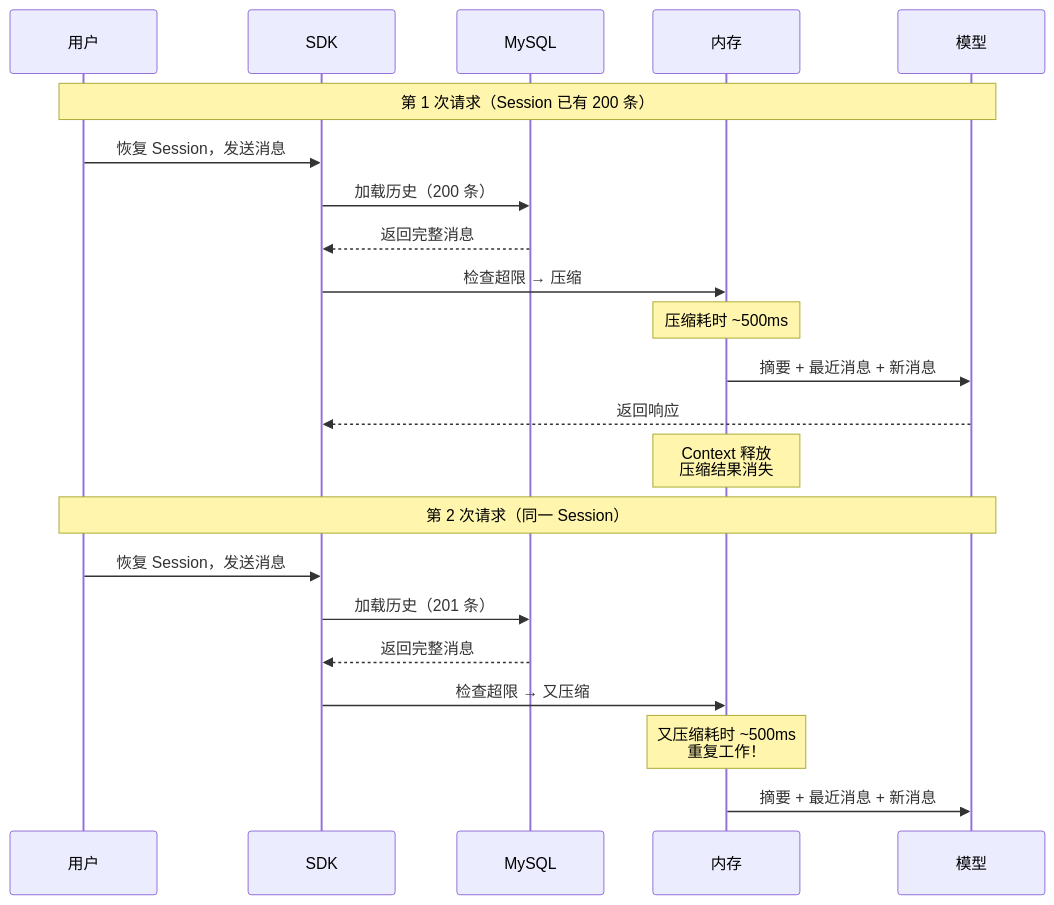
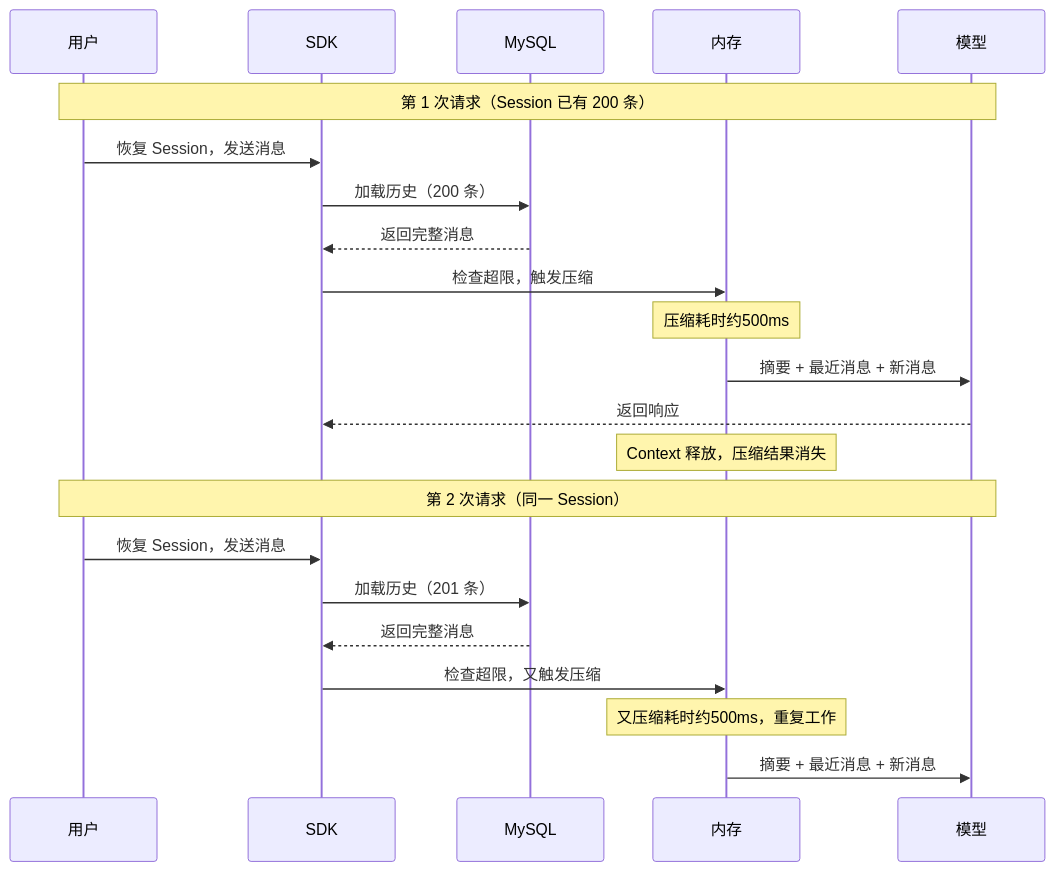
The tenth of 17 diagrams in tmp/claude_memory_session_compaction_guide.md (xiaocaipi/mm-doc), drawn with Mermaid before and after one commit. The commit also changed other lines of this file, not shown here.

````diff
--- a/tmp/claude_memory_session_compaction_guide.md
+++ b/tmp/claude_memory_session_compaction_guide.md
@@ -591,28 +587,28 @@
 ```mermaid
 sequenceDiagram
     participant User as 用户
     participant SDK as SDK
     participant MySQL as MySQL
     participant Memory as 内存
     participant Model as 模型
 
     Note over User,Model: 第 1 次请求（Session 已有 200 条）
 
     User->>SDK: 恢复 Session，发送消息
     SDK->>MySQL: 加载历史（200 条）
     MySQL-->>SDK: 返回完整消息
-    SDK->>Memory: 检查超限 → 压缩
-    Note over Memory: 压缩耗时 ~500ms
+    SDK->>Memory: 检查超限，触发压缩
+    Note over Memory: 压缩耗时约500ms
     Memory->>Model: 摘要 + 最近消息 + 新消息
     Model-->>SDK: 返回响应
-    Note over Memory: Context 释放<br/>压缩结果消失
+    Note over Memory: Context 释放，压缩结果消失
 
     Note over User,Model: 第 2 次请求（同一 Session）
 
     User->>SDK: 恢复 Session，发送消息
     SDK->>MySQL: 加载历史（201 条）
     MySQL-->>SDK: 返回完整消息
-    SDK->>Memory: 检查超限 → 又压缩
-    Note over Memory: 又压缩耗时 ~500ms<br/>重复工作！
+    SDK->>Memory: 检查超限，又触发压缩
+    Note over Memory: 又压缩耗时约500ms，重复工作
     Memory->>Model: 摘要 + 最近消息 + 新消息
 ```
````
